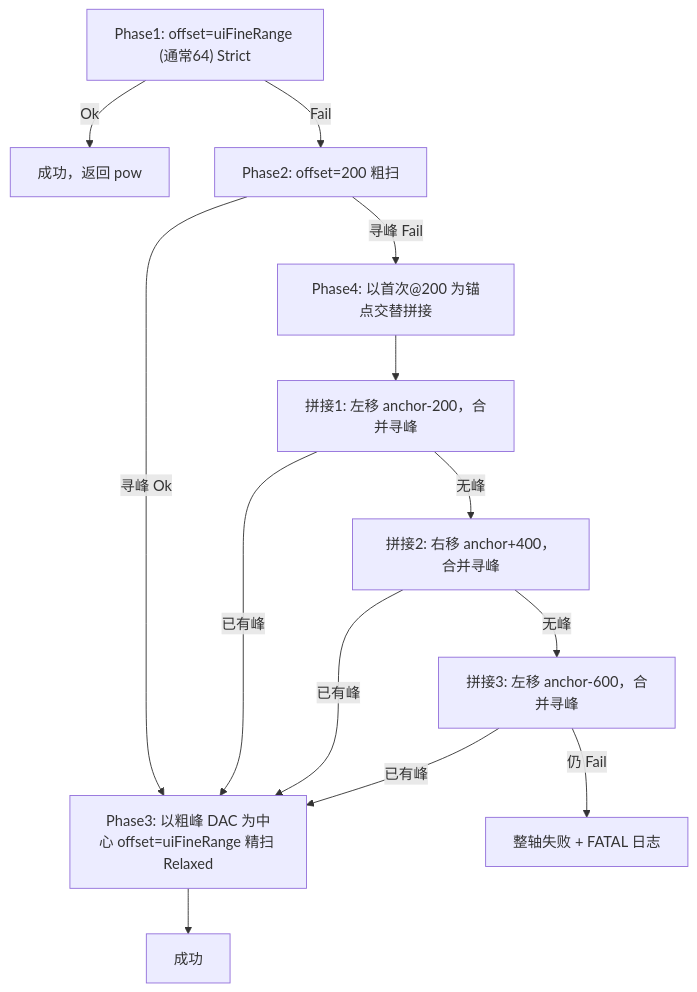
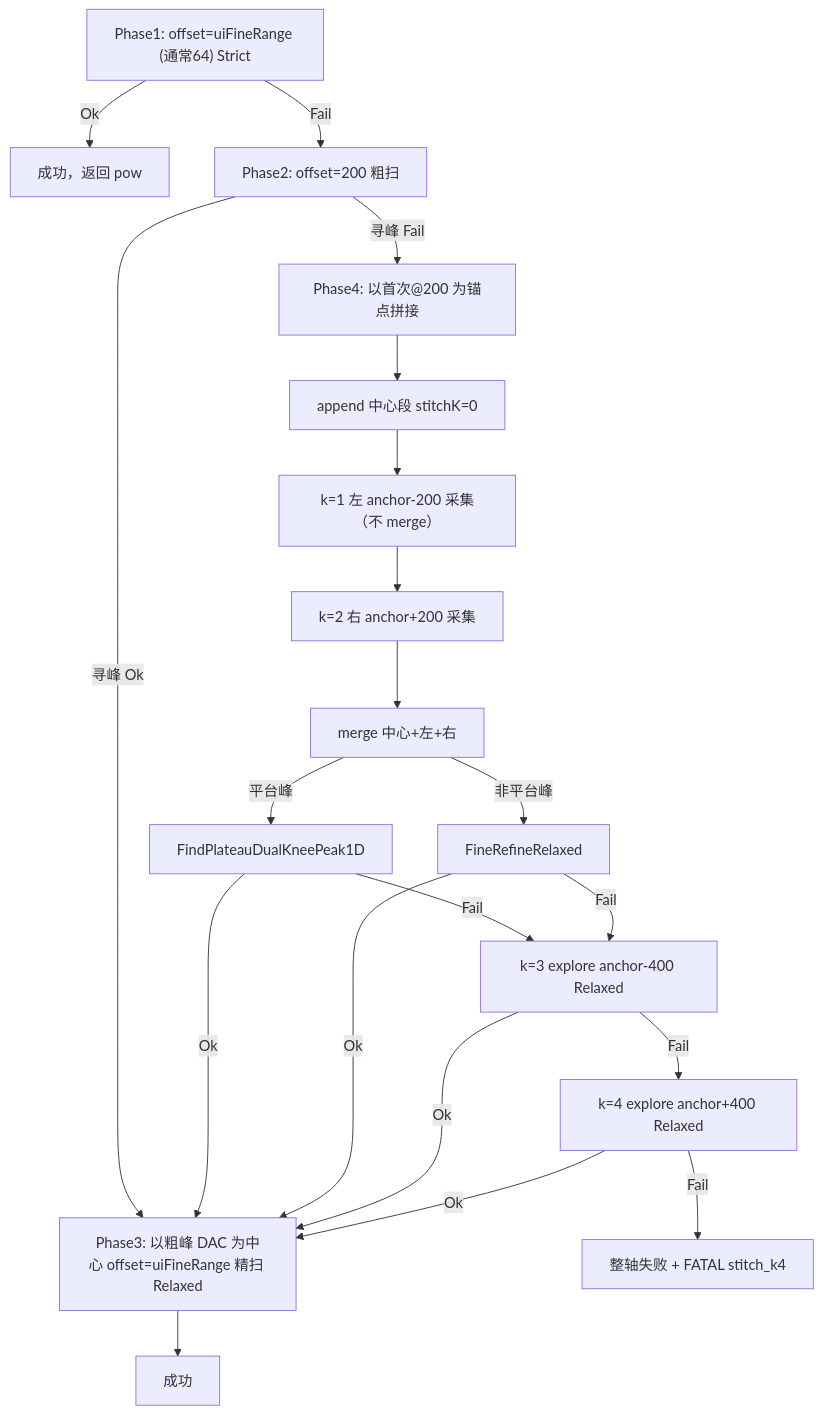
Before and after one commit to JacobLiou/Molex.OSBU.Module.M576Tool: the diagram in doc/拼接式扫频重试算法.md, drawn with Mermaid. The commit also changed other lines of this file and 1 other file, not shown here.

````diff
--- a/doc/拼接式扫频重试算法.md
+++ b/doc/拼接式扫频重试算法.md
@@ -26,15 +26,22 @@
 ```mermaid
 flowchart TD
   A["Phase1: offset=uiFineRange (通常64) Strict"] -->|Ok| OK64[成功，返回 pow]
   A -->|Fail| B["Phase2: offset=200 粗扫"]
   B -->|寻峰 Ok| C["Phase3: 以粗峰 DAC 为中心 offset=uiFineRange 精扫 Relaxed"]
   C --> OKfine[成功]
-  B -->|寻峰 Fail| D["Phase4: 以首次@200 为锚点交替拼接"]
-  D --> S1["拼接1: 左移 anchor-200，合并寻峰"]
-  S1 -->|已有峰| C
-  S1 -->|无峰| S2["拼接2: 右移 anchor+400，合并寻峰"]
-  S2 -->|已有峰| C
-  S2 -->|无峰| S3["拼接3: 左移 anchor-600，合并寻峰"]
-  S3 -->|已有峰| C
-  S3 -->|仍 Fail| FAIL["整轴失败 + FATAL 日志"]
+  B -->|寻峰 Fail| D["Phase4: 以首次@200 为锚点拼接"]
+  D --> C0["append 中心段 stitchK=0"]
+  C0 --> S1["k=1 左 anchor-200 采集（不 merge）"]
+  S1 --> S2["k=2 右 anchor+200 采集"]
+  S2 --> MERGE["merge 中心+左+右"]
+  MERGE -->|平台峰| DK["FindPlateauDualKneePeak1D"]
+  MERGE -->|非平台峰| RL["FineRefineRelaxed"]
+  DK -->|Ok| C
+  RL -->|Ok| C
+  DK -->|Fail| E1["k=3 explore anchor-400 Relaxed"]
+  RL -->|Fail| E1
+  E1 -->|Ok| C
+  E1 -->|Fail| E2["k=4 explore anchor+400 Relaxed"]
+  E2 -->|Ok| C
+  E2 -->|Fail| FAIL["整轴失败 + FATAL stitch_k4"]
 ```
````
